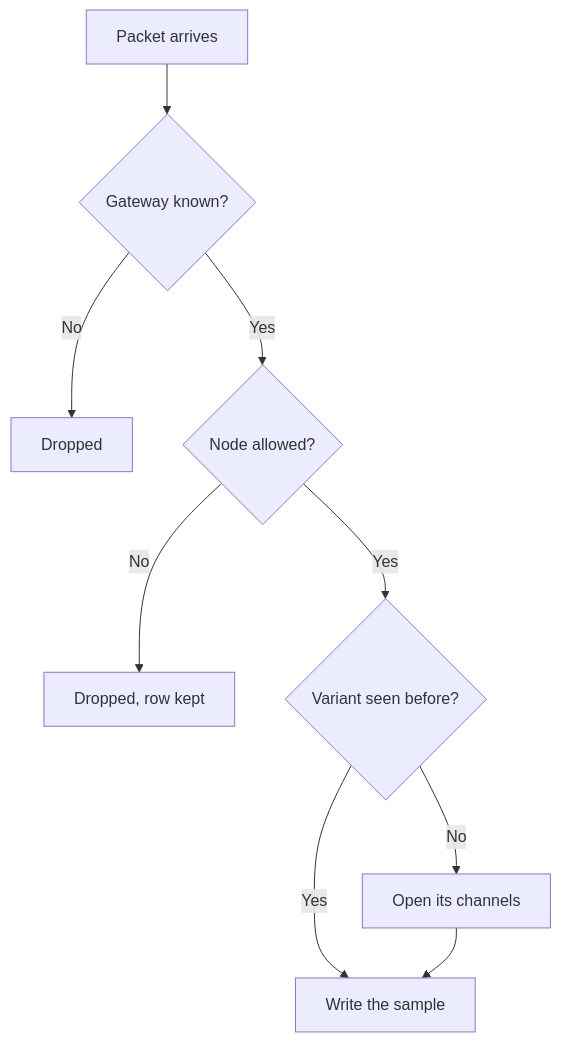
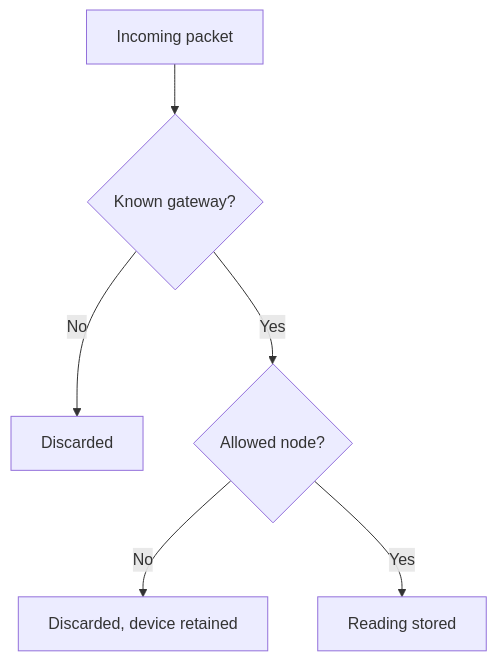
Before and after one commit to sensical-coop/mesh-things-apps: the diagram in apps/web/content/docs/en/devices.mdx, drawn with Mermaid. The commit also changed other lines of this file and 27 other files, not shown here.

````diff
--- a/apps/web/content/docs/en/devices.mdx
+++ b/apps/web/content/docs/en/devices.mdx
@@ -10,11 +10,8 @@
 ```mermaid
 flowchart TD
-  packet["Packet arrives"] --> known{"Gateway known?"}
-  known -->|No| drop1["Dropped"]
-  known -->|Yes| allowed{"Node allowed?"}
-  allowed -->|No| drop2["Dropped, row kept"]
-  allowed -->|Yes| seen{"Variant seen before?"}
-  seen -->|No| open["Open its channels"]
-  seen -->|Yes| store["Write the sample"]
-  open --> store
+  packet["Incoming packet"] --> known{"Known gateway?"}
+  known -->|No| dropped["Discarded"]
+  known -->|Yes| allowed{"Allowed node?"}
+  allowed -->|No| rejected["Discarded, device retained"]
+  allowed -->|Yes| stored["Reading stored"]
 ```
````
